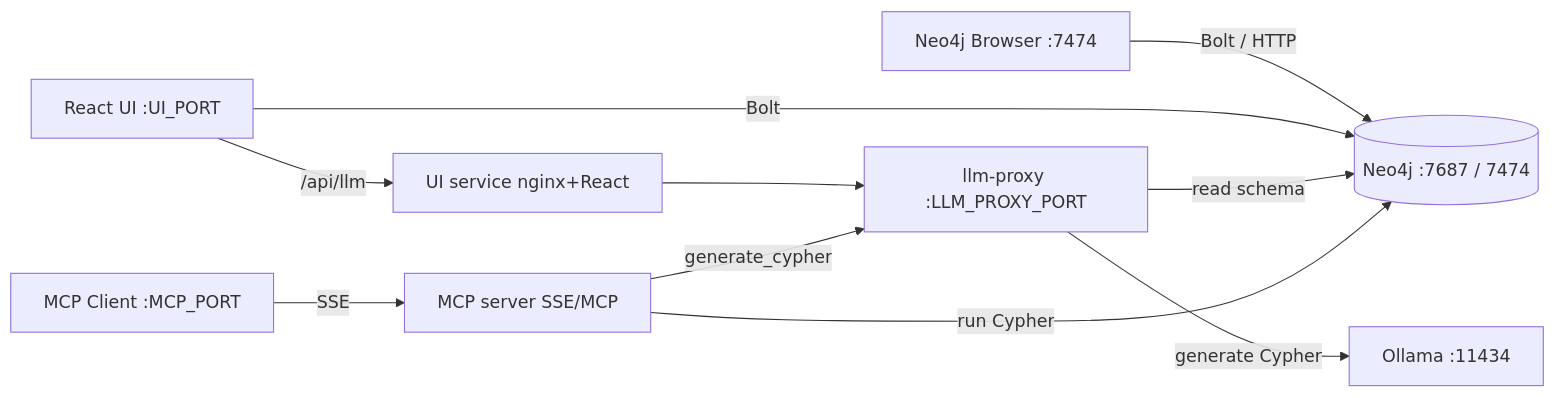
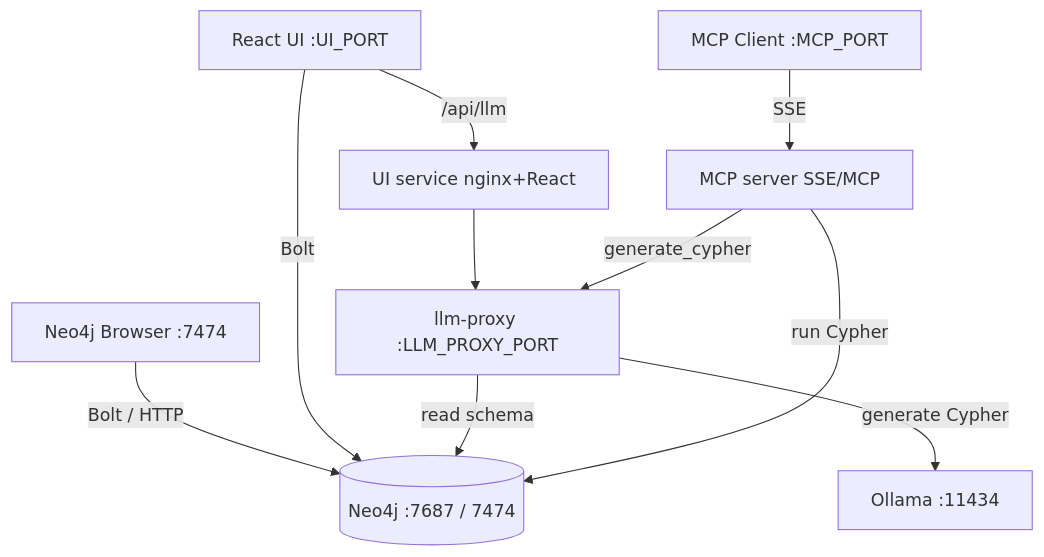
The diagram in README.md (drintoul/neo4j), drawn with Mermaid before and after one commit.

Commit message:
Change architecture diagram from left-right to top-down layout

````diff
--- a/README.md
+++ b/README.md
@@ -25,21 +25,21 @@
 ```mermaid
-graph LR
+graph TD
     Browser[Neo4j Browser :7474]
     UI[React UI :UI_PORT]
     MCPClient[MCP Client :MCP_PORT]
     Neo4j[(Neo4j :7687 / 7474)]
     UISvc[UI service nginx+React]
     MCPSvc[MCP server SSE/MCP]
     LLM[llm-proxy :LLM_PROXY_PORT]
     Ollama[Ollama :11434]
 
     Browser -->|Bolt / HTTP| Neo4j
     UI -->|Bolt| Neo4j
     UI -->|/api/llm| UISvc
     UISvc --> LLM
     LLM -->|read schema| Neo4j
     LLM -->|generate Cypher| Ollama
     MCPClient -->|SSE| MCPSvc
     MCPSvc -->|run Cypher| Neo4j
     MCPSvc -->|generate_cypher| LLM
 ```
````
